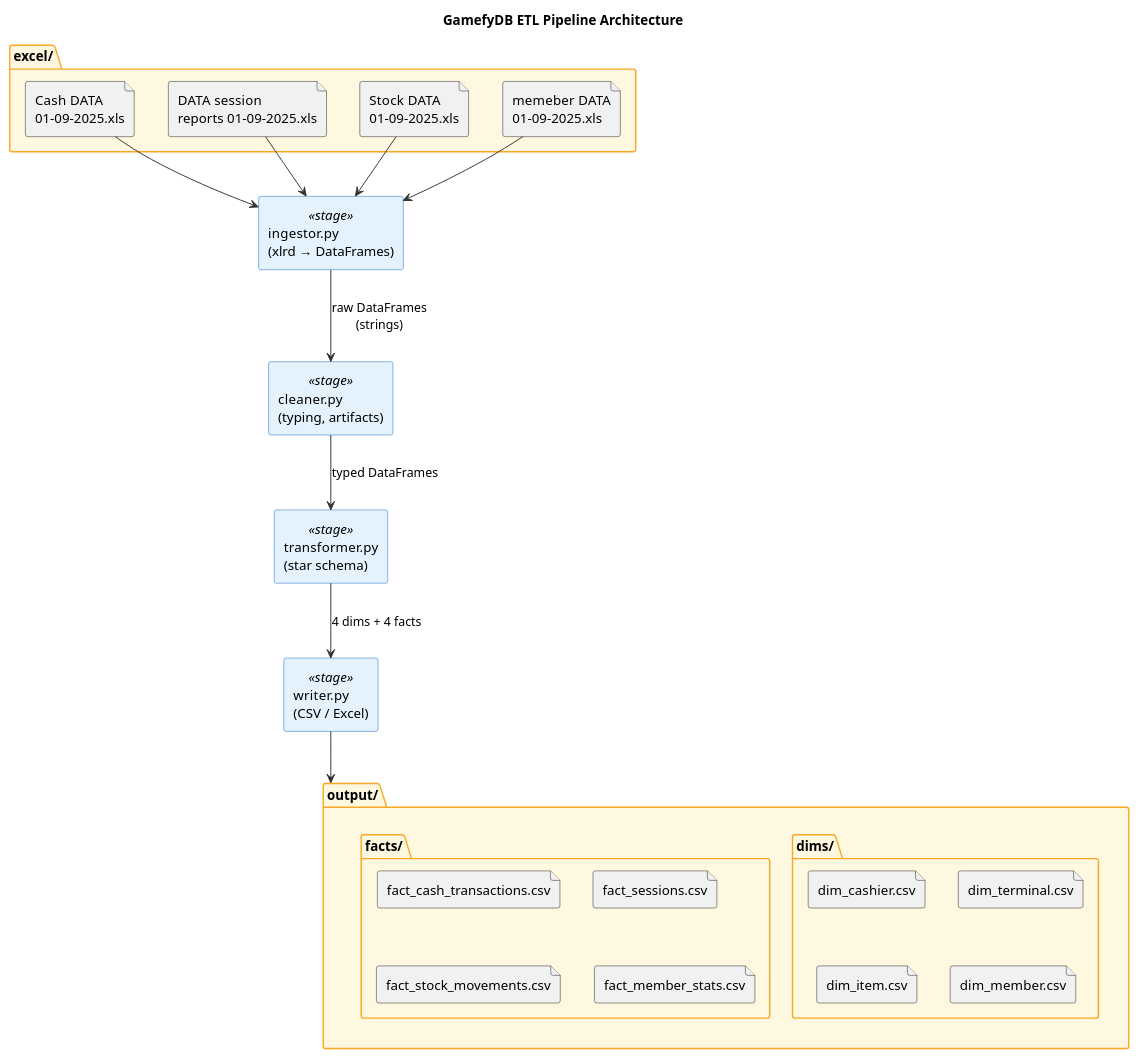
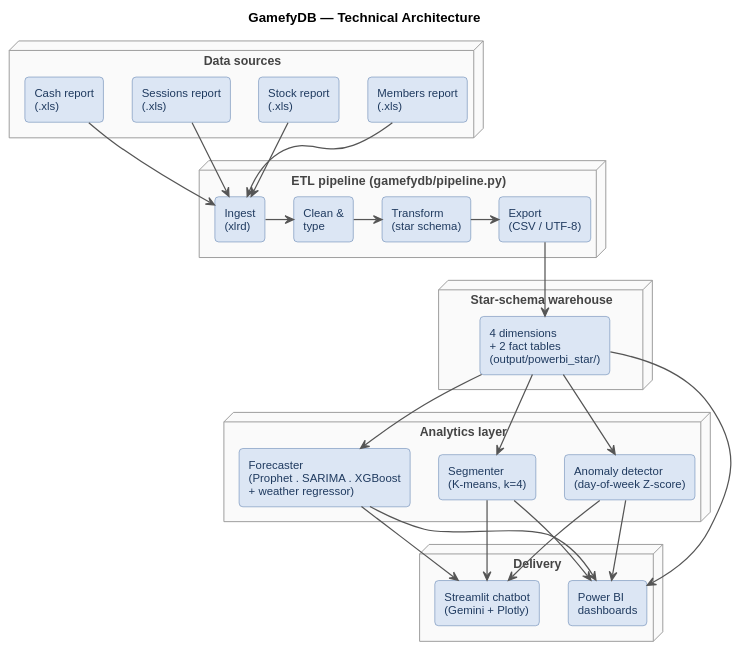
The diagram in docs/diagrams/pipeline.puml (sarahmed1/GamefyDB), drawn with PlantUML before and after one commit. The commit also changed 218 other files, not shown here.

```diff
--- a/docs/diagrams/pipeline.puml
+++ b/docs/diagrams/pipeline.puml
@@ -1,53 +1,95 @@
 @startuml pipeline
-title GamefyDB ETL Pipeline Architecture
+title GamefyDB — Technical Architecture
 
-skinparam componentStyle rectangle
 skinparam shadowing false
-skinparam ArrowColor #333
-skinparam component {
-  BackgroundColor<<stage>> #E3F2FD
-  BorderColor<<stage>> #1565C0
+skinparam DefaultFontName "Liberation Sans"
+skinparam DefaultFontSize 12
+skinparam ArrowColor #555555
+skinparam ArrowThickness 1.3
+skinparam ranksep 45
+skinparam nodesep 30
+skinparam rectangle {
+  FontColor       #1F3A5F
+  BorderColor     #4A6FA5
+  BackgroundColor #DCE6F4
+  RoundCorner     8
+  FontSize        12
 }
-skinparam folder {
-  BackgroundColor #FFF8E1
-  BorderColor #F9A825
+skinparam node {
+  FontColor       #444444
+  BorderColor     #999999
+  BackgroundColor #FAFAFA
+  FontStyle       bold
+  FontSize        13
 }
 
-folder "excel/" as input {
-  file "Cash DATA\n01-09-2025.xls" as cash
-  file "DATA session\nreports 01-09-2025.xls" as sess
-  file "Stock DATA\n01-09-2025.xls" as stock
-  file "memeber DATA\n01-09-2025.xls" as mem
+' === Band 1 - Data sources ==============================================
+node "Data sources" as SRC {
+  rectangle "Cash report\n(.xls)"     as SRC1
+  rectangle "Sessions report\n(.xls)" as SRC2
+  rectangle "Stock report\n(.xls)"    as SRC3
+  rectangle "Members report\n(.xls)"  as SRC4
+  SRC1 -[hidden]r- SRC2
+  SRC2 -[hidden]r- SRC3
+  SRC3 -[hidden]r- SRC4
 }
 
-component "ingestor.py\n(xlrd → DataFrames)" as ing <<stage>>
-component "cleaner.py\n(typing, artifacts)" as cln <<stage>>
-component "transformer.py\n(star schema)" as trans <<stage>>
-component "writer.py\n(CSV / Excel)" as wrt <<stage>>
-
-folder "output/" as outdir {
-  folder "dims/" {
-    file "dim_cashier.csv" as d1
-    file "dim_terminal.csv" as d2
-    file "dim_item.csv" as d3
-    file "dim_member.csv" as d4
-  }
-  folder "facts/" {
-    file "fact_cash_transactions.csv" as f1
-    file "fact_sessions.csv" as f2
-    file "fact_stock_movements.csv" as f3
-    file "fact_member_stats.csv" as f4
-  }
+' === Band 2 - ETL pipeline ==============================================
+node "ETL pipeline  (gamefydb/pipeline.py)" as PIPE {
+  rectangle "Ingest\n(xlrd)"           as P1
+  rectangle "Clean &\ntype"            as P2
+  rectangle "Transform\n(star schema)" as P3
+  rectangle "Export\n(CSV / UTF-8)"    as P4
+  P1 -right-> P2
+  P2 -right-> P3
+  P3 -right-> P4
 }
 
-cash  --> ing
-sess  --> ing
-stock --> ing
-mem   --> ing
+' === Band 3 - Warehouse =================================================
+node "Star-schema warehouse" as DWH {
+  rectangle "4 dimensions\n+ 2 fact tables\n(output/powerbi_star/)" as DWH1
+}
 
-ing   --> cln   : raw DataFrames\n(strings)
-cln   --> trans : typed DataFrames
-trans --> wrt   : 4 dims + 4 facts
-wrt   --> outdir
+' === Band 4 - Analytics =================================================
+node "Analytics layer" as ML {
+  rectangle "Forecaster\n(Prophet . SARIMA . XGBoost\n+ weather regressor)" as ML1
+  rectangle "Segmenter\n(K-means, k=4)"                                     as ML2
+  rectangle "Anomaly detector\n(day-of-week Z-score)"                       as ML3
+  ML1 -[hidden]r- ML2
+  ML2 -[hidden]r- ML3
+}
+
+' === Band 5 - Delivery ==================================================
+node "Delivery" as DEL {
+  rectangle "Power BI\ndashboards"                  as DEL1
+  rectangle "Streamlit chatbot\n(Gemini + Plotly)"  as DEL2
+  DEL1 -[hidden]r- DEL2
+}
+
+' === Wiring =============================================================
+' Sources fan into the first ETL step
+SRC1 --> P1
+SRC2 --> P1
+SRC3 --> P1
+SRC4 --> P1
+
+' Export populates the warehouse
+P4 --> DWH1
+
+' Warehouse fans out to each analytics module
+DWH1 --> ML1
+DWH1 --> ML2
+DWH1 --> ML3
+
+' Warehouse also feeds dashboards directly (raw star tables)
+DWH1 --> DEL1
+
+' Analytics outputs land in both delivery surfaces
+ML1 --> DEL1
+ML2 --> DEL1
+ML3 --> DEL1
+ML1 --> DEL2
+ML2 --> DEL2
+ML3 --> DEL2
 
 @enduml
```
